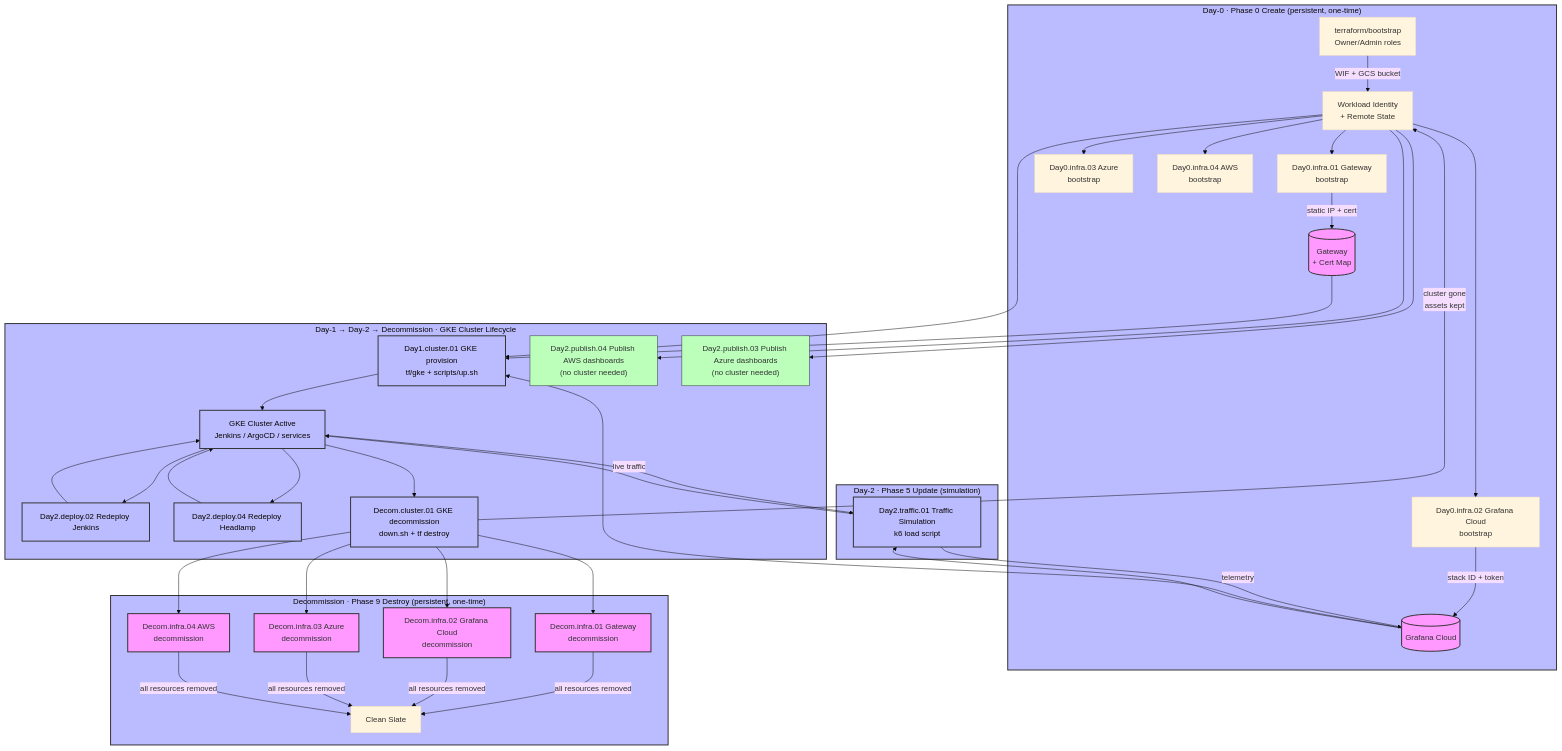
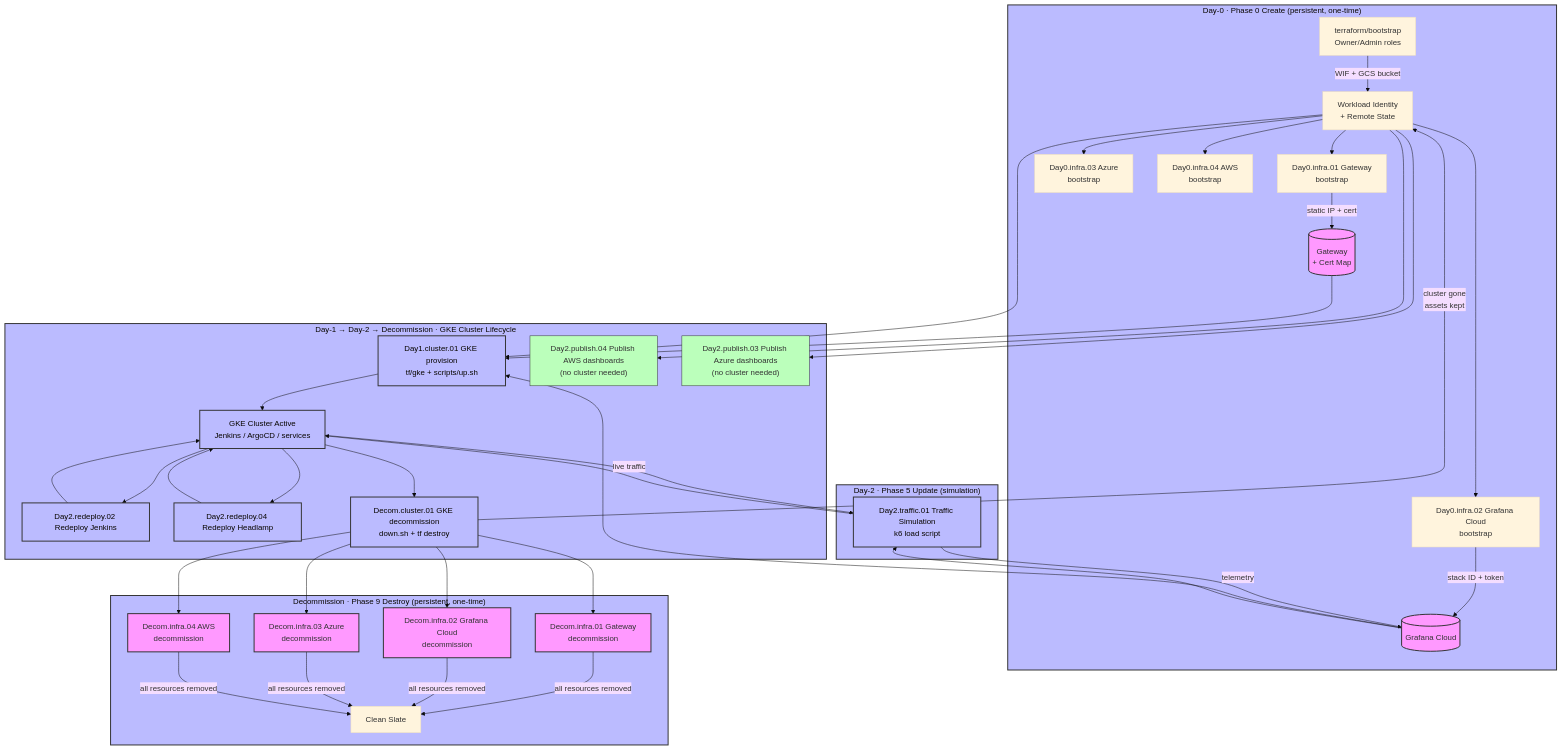
The diagram in docs/102-GITHUB_ACTIONS_AUTOMATION.md (nubenetes/jenkins-2026), drawn with Mermaid (base theme) before and after one commit. The commit also changed other lines of this file and 31 other files, not shown here.

````diff
--- a/docs/102-GITHUB_ACTIONS_AUTOMATION.md
+++ b/docs/102-GITHUB_ACTIONS_AUTOMATION.md
@@ -43,45 +43,45 @@
 ```mermaid
 graph TD
     subgraph Bootstrapping ["Day-0 · Phase 0 Create (persistent, one-time)"]
         A["terraform/bootstrap<br>Owner/Admin roles"] -->|"WIF + GCS bucket"| B["Workload Identity<br>+ Remote State"]
         B --> C["Day0.infra.01 Gateway<br>bootstrap"]
         B --> D["Day0.infra.02 Grafana Cloud<br>bootstrap"]
         B --> C2["Day0.infra.03 Azure<br>bootstrap"]
         B --> C3["Day0.infra.04 AWS<br>bootstrap"]
         C -->|"static IP + cert"| F[("Gateway<br>+ Cert Map")]
         D -->|"stack ID + token"| E[("Grafana Cloud")]
     end
 
     subgraph GKE_Lifecycle ["Day-1 → Day-2 → Decommission · GKE Cluster Lifecycle"]
         F & E & B --> G["Day1.cluster.01 GKE provision<br>tf/gke + scripts/up.sh"]
         G --> H["GKE Cluster Active<br>Jenkins / ArgoCD / services"]
-        H --> I["Day2.deploy.02 Redeploy Jenkins"]
-        H --> J["Day2.deploy.04 Redeploy Headlamp"]
+        H --> I["Day2.redeploy.02 Redeploy Jenkins"]
+        H --> J["Day2.redeploy.04 Redeploy Headlamp"]
         B --> L2["Day2.publish.04 Publish AWS dashboards<br>(no cluster needed)"]
         B --> M2["Day2.publish.03 Publish Azure dashboards<br>(no cluster needed)"]
         I & J --> H
         H --> K["Decom.cluster.01 GKE decommission<br>down.sh + tf destroy"]
         K -->|"cluster gone<br>assets kept"| B
     end
 
     subgraph Simulation ["Day-2 · Phase 5 Update (simulation)"]
         H & E --> O["Day2.traffic.01 Traffic Simulation<br>k6 load script"]
         O -->|"live traffic"| H
         O -->|"telemetry"| E
     end
 
     subgraph Persistent_Teardown ["Decommission · Phase 9 Destroy (persistent, one-time)"]
         K --> P1["Decom.infra.01 Gateway<br>decommission"]
         K --> P2["Decom.infra.02 Grafana Cloud<br>decommission"]
         K --> P3["Decom.infra.03 Azure<br>decommission"]
         K --> P4["Decom.infra.04 AWS<br>decommission"]
         P1 & P2 & P3 & P4 -->|"all resources removed"| N["Clean Slate"]
     end
 
     classDef persistent fill:#f9f,stroke:#333,stroke-width:2px;
     classDef cluster fill:#bbf,stroke:#333,stroke-width:2px;
     classDef update fill:#bfb,stroke:#333,stroke-width:1px;
     class E,F,P1,P2,P3,P4 persistent;
     class G,H,I,J,K,O cluster;
     class L2,M2 update;
 ```
````
